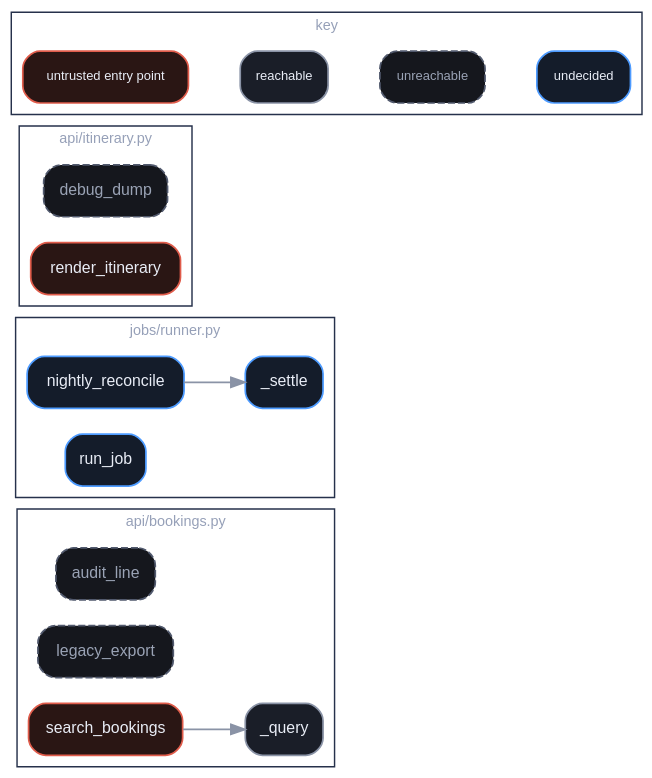
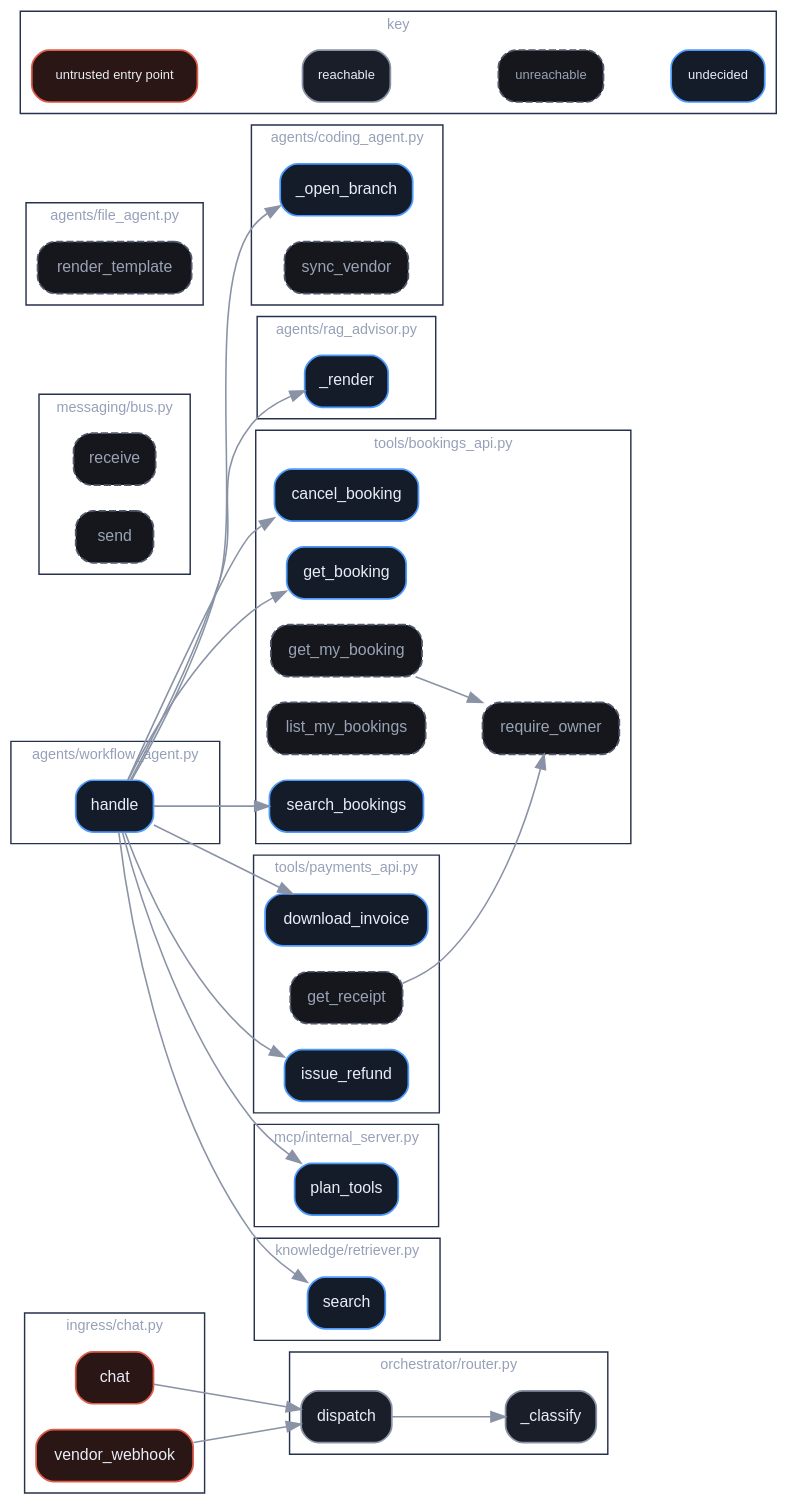
One commit to spbreed/cyber-commons changed the diagram in site/assets/diagrams/b2-5-call-graph.dot. Above: the diagram before and after it, drawn with Graphviz. The commit also changed 158 other files, not shown here.

```diff
--- a/site/assets/diagrams/b2-5-call-graph.dot
+++ b/site/assets/diagrams/b2-5-call-graph.dot
@@ -1,45 +1,107 @@
 digraph "call_graph" {
   rankdir=LR;
   bgcolor="transparent";
   node [shape=box style="rounded,filled" fontname="Helvetica" fontsize=11 penwidth=1.2];
   edge [fontname="Helvetica" fontsize=9 color="#8A93A6" fontcolor="#A8B2C6" penwidth=1.1];
-  "_query" [label="_query" color="#8A93A6" fillcolor="#1a1e28" fontcolor="#E9EDF6" style="rounded,filled"];
-  "_settle" [label="_settle" color="#4D9BFF" fillcolor="#141c2a" fontcolor="#E9EDF6" style="rounded,filled"];
-  "audit_line" [label="audit_line" color="#525a6e" fillcolor="#15171d" fontcolor="#9aa3b5" style="rounded,filled,dashed"];
-  "debug_dump" [label="debug_dump" color="#525a6e" fillcolor="#15171d" fontcolor="#9aa3b5" style="rounded,filled,dashed"];
-  "legacy_export" [label="legacy_export" color="#525a6e" fillcolor="#15171d" fontcolor="#9aa3b5" style="rounded,filled,dashed"];
-  "nightly_reconcile" [label="nightly_reconcile" color="#4D9BFF" fillcolor="#141c2a" fontcolor="#E9EDF6" style="rounded,filled"];
-  "render_itinerary" [label="render_itinerary" color="#E05C4B" fillcolor="#2a1614" fontcolor="#E9EDF6" style="rounded,filled"];
-  "run_job" [label="run_job" color="#4D9BFF" fillcolor="#141c2a" fontcolor="#E9EDF6" style="rounded,filled"];
-  "search_bookings" [label="search_bookings" color="#E05C4B" fillcolor="#2a1614" fontcolor="#E9EDF6" style="rounded,filled"];
+  "_classify" [label="_classify" color="#8A93A6" fillcolor="#1a1e28" fontcolor="#E9EDF6" style="rounded,filled"];
+  "_open_branch" [label="_open_branch" color="#4D9BFF" fillcolor="#141c2a" fontcolor="#E9EDF6" style="rounded,filled"];
+  "_render" [label="_render" color="#4D9BFF" fillcolor="#141c2a" fontcolor="#E9EDF6" style="rounded,filled"];
+  "cancel_booking" [label="cancel_booking" color="#4D9BFF" fillcolor="#141c2a" fontcolor="#E9EDF6" style="rounded,filled"];
+  "chat" [label="chat" color="#E05C4B" fillcolor="#2a1614" fontcolor="#E9EDF6" style="rounded,filled"];
+  "dispatch" [label="dispatch" color="#8A93A6" fillcolor="#1a1e28" fontcolor="#E9EDF6" style="rounded,filled"];
+  "download_invoice" [label="download_invoice" color="#4D9BFF" fillcolor="#141c2a" fontcolor="#E9EDF6" style="rounded,filled"];
+  "get_booking" [label="get_booking" color="#4D9BFF" fillcolor="#141c2a" fontcolor="#E9EDF6" style="rounded,filled"];
+  "get_my_booking" [label="get_my_booking" color="#525a6e" fillcolor="#15171d" fontcolor="#9aa3b5" style="rounded,filled,dashed"];
+  "get_receipt" [label="get_receipt" color="#525a6e" fillcolor="#15171d" fontcolor="#9aa3b5" style="rounded,filled,dashed"];
+  "handle" [label="handle" color="#4D9BFF" fillcolor="#141c2a" fontcolor="#E9EDF6" style="rounded,filled"];
+  "issue_refund" [label="issue_refund" color="#4D9BFF" fillcolor="#141c2a" fontcolor="#E9EDF6" style="rounded,filled"];
+  "list_my_bookings" [label="list_my_bookings" color="#525a6e" fillcolor="#15171d" fontcolor="#9aa3b5" style="rounded,filled,dashed"];
+  "plan_tools" [label="plan_tools" color="#4D9BFF" fillcolor="#141c2a" fontcolor="#E9EDF6" style="rounded,filled"];
+  "receive" [label="receive" color="#525a6e" fillcolor="#15171d" fontcolor="#9aa3b5" style="rounded,filled,dashed"];
+  "render_template" [label="render_template" color="#525a6e" fillcolor="#15171d" fontcolor="#9aa3b5" style="rounded,filled,dashed"];
+  "require_owner" [label="require_owner" color="#525a6e" fillcolor="#15171d" fontcolor="#9aa3b5" style="rounded,filled,dashed"];
+  "search" [label="search" color="#4D9BFF" fillcolor="#141c2a" fontcolor="#E9EDF6" style="rounded,filled"];
+  "search_bookings" [label="search_bookings" color="#4D9BFF" fillcolor="#141c2a" fontcolor="#E9EDF6" style="rounded,filled"];
+  "send" [label="send" color="#525a6e" fillcolor="#15171d" fontcolor="#9aa3b5" style="rounded,filled,dashed"];
+  "sync_vendor" [label="sync_vendor" color="#525a6e" fillcolor="#15171d" fontcolor="#9aa3b5" style="rounded,filled,dashed"];
+  "vendor_webhook" [label="vendor_webhook" color="#E05C4B" fillcolor="#2a1614" fontcolor="#E9EDF6" style="rounded,filled"];
   subgraph cluster_0 {
-    label="api/bookings.py"; color="#26314b"; fontcolor="#96A0B8"; fontname="Helvetica"; fontsize=10;
-    "_query";
-    "audit_line";
-    "legacy_export";
+    label="agents/coding_agent.py"; color="#26314b"; fontcolor="#96A0B8"; fontname="Helvetica"; fontsize=10;
+    "_open_branch";
+    "sync_vendor";
+  }
+  subgraph cluster_1 {
+    label="agents/file_agent.py"; color="#26314b"; fontcolor="#96A0B8"; fontname="Helvetica"; fontsize=10;
+    "render_template";
+  }
+  subgraph cluster_2 {
+    label="agents/rag_advisor.py"; color="#26314b"; fontcolor="#96A0B8"; fontname="Helvetica"; fontsize=10;
+    "_render";
+  }
+  subgraph cluster_3 {
+    label="agents/workflow_agent.py"; color="#26314b"; fontcolor="#96A0B8"; fontname="Helvetica"; fontsize=10;
+    "handle";
+  }
+  subgraph cluster_4 {
+    label="ingress/chat.py"; color="#26314b"; fontcolor="#96A0B8"; fontname="Helvetica"; fontsize=10;
+    "chat";
+    "vendor_webhook";
+  }
+  subgraph cluster_5 {
+    label="knowledge/retriever.py"; color="#26314b"; fontcolor="#96A0B8"; fontname="Helvetica"; fontsize=10;
+    "search";
+  }
+  subgraph cluster_6 {
+    label="mcp/internal_server.py"; color="#26314b"; fontcolor="#96A0B8"; fontname="Helvetica"; fontsize=10;
+    "plan_tools";
+  }
+  subgraph cluster_7 {
+    label="messaging/bus.py"; color="#26314b"; fontcolor="#96A0B8"; fontname="Helvetica"; fontsize=10;
+    "receive";
+    "send";
+  }
+  subgraph cluster_8 {
+    label="orchestrator/router.py"; color="#26314b"; fontcolor="#96A0B8"; fontname="Helvetica"; fontsize=10;
+    "_classify";
+    "dispatch";
+  }
+  subgraph cluster_9 {
+    label="tools/bookings_api.py"; color="#26314b"; fontcolor="#96A0B8"; fontname="Helvetica"; fontsize=10;
+    "cancel_booking";
+    "get_booking";
+    "get_my_booking";
+    "list_my_bookings";
+    "require_owner";
     "search_bookings";
   }
-  subgraph cluster_1 {
-    label="api/itinerary.py"; color="#26314b"; fontcolor="#96A0B8"; fontname="Helvetica"; fontsize=10;
-    "debug_dump";
-    "render_itinerary";
+  subgraph cluster_10 {
+    label="tools/payments_api.py"; color="#26314b"; fontcolor="#96A0B8"; fontname="Helvetica"; fontsize=10;
+    "download_invoice";
+    "get_receipt";
+    "issue_refund";
   }
-  subgraph cluster_2 {
-    label="jobs/runner.py"; color="#26314b"; fontcolor="#96A0B8"; fontname="Helvetica"; fontsize=10;
-    "_settle";
-    "nightly_reconcile";
-    "run_job";
-  }
-  "nightly_reconcile" -> "_settle";
-  "search_bookings" -> "_query";
+  "chat" -> "dispatch";
+  "dispatch" -> "_classify";
+  "get_my_booking" -> "require_owner";
+  "get_receipt" -> "require_owner";
+  "handle" -> "_open_branch";
+  "handle" -> "_render";
+  "handle" -> "cancel_booking";
+  "handle" -> "download_invoice";
+  "handle" -> "get_booking";
+  "handle" -> "issue_refund";
+  "handle" -> "plan_tools";
+  "handle" -> "search";
+  "handle" -> "search_bookings";
+  "vendor_webhook" -> "dispatch";
   subgraph cluster_legend {
     label="key"; color="#26314b"; fontcolor="#96A0B8"; fontname="Helvetica"; fontsize=10; rank=sink;
     "legend_entry" [label="untrusted entry point" color="#E05C4B" fillcolor="#2a1614" fontcolor="#E9EDF6" fontsize=9 style="rounded,filled"];
     "legend_unit" [label="reachable" color="#8A93A6" fillcolor="#1a1e28" fontcolor="#E9EDF6" fontsize=9 style="rounded,filled"];
     "legend_entry" -> "legend_unit" [style=invis];
     "legend_dead" [label="unreachable" color="#525a6e" fillcolor="#15171d" fontcolor="#9aa3b5" fontsize=9 style="rounded,filled,dashed"];
     "legend_unit" -> "legend_dead" [style=invis];
     "legend_unknown" [label="undecided" color="#4D9BFF" fillcolor="#141c2a" fontcolor="#E9EDF6" fontsize=9 style="rounded,filled"];
     "legend_dead" -> "legend_unknown" [style=invis];
   }
 }
```
